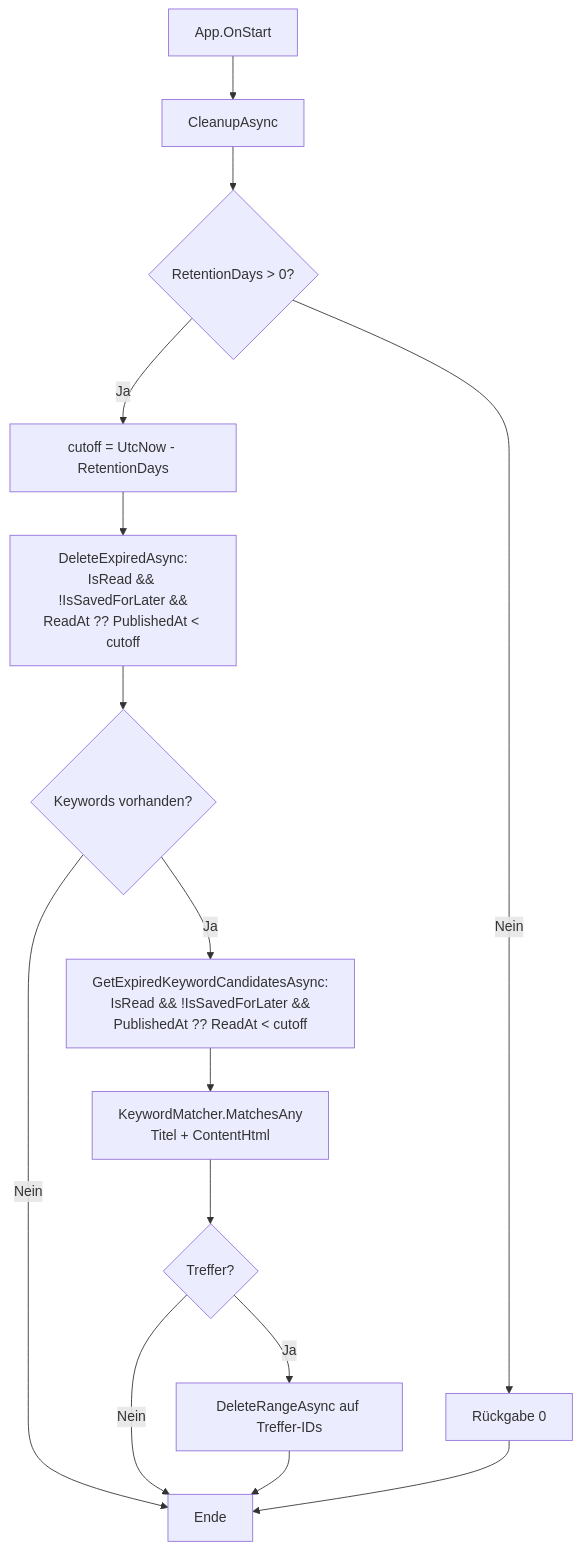
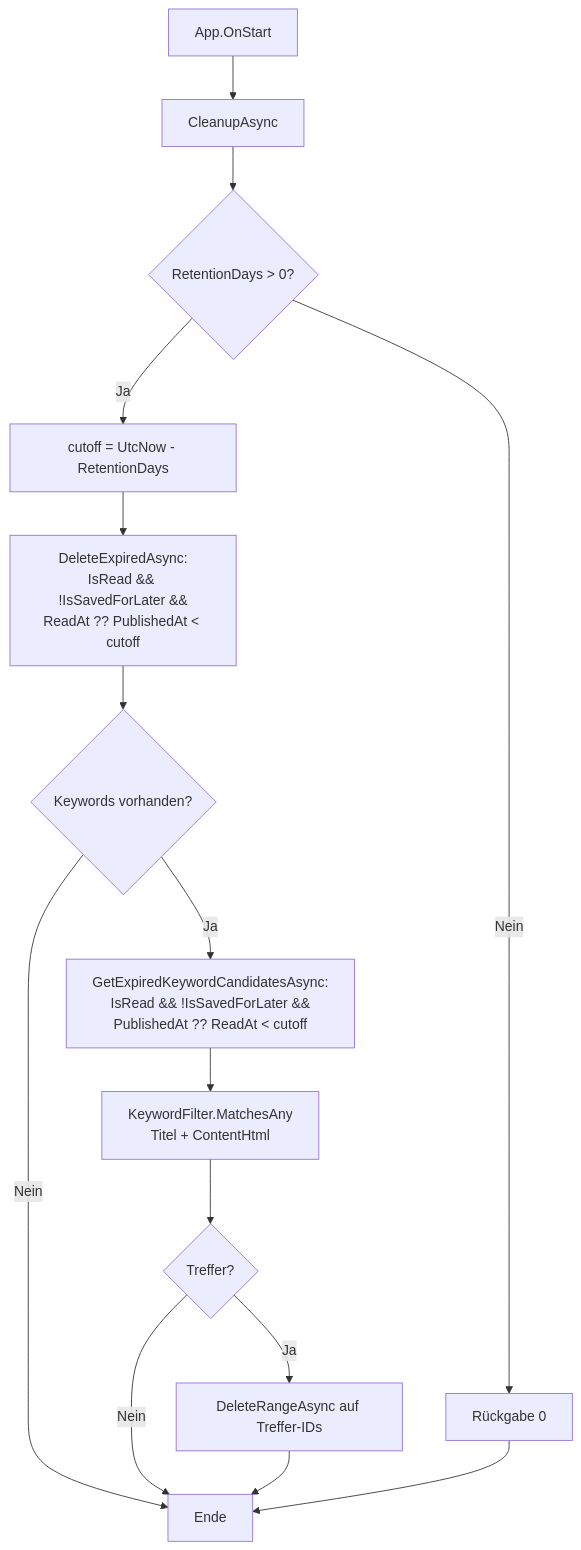
One commit to martin-stromberg/Reporter changed the diagram in docs/help/einstellungen/ablauf-technisch.md. Above: the diagram before and after it, drawn with Mermaid. The commit also changed other lines of this file and 50 other files, not shown here.

````diff
--- a/docs/help/einstellungen/ablauf-technisch.md
+++ b/docs/help/einstellungen/ablauf-technisch.md
@@ -91,17 +93,17 @@
 ```mermaid
 flowchart TD
     A[App.OnStart] --> B[CleanupAsync]
     B --> C{RetentionDays > 0?}
     C -- Nein --> Z[Rückgabe 0]
     C -- Ja --> D[cutoff = UtcNow - RetentionDays]
     D --> E[DeleteExpiredAsync:<br/>IsRead && !IsSavedForLater &&<br/>ReadAt ?? PublishedAt < cutoff]
     E --> F{Keywords vorhanden?}
     F -- Nein --> G[Ende]
     F -- Ja --> H[GetExpiredKeywordCandidatesAsync:<br/>IsRead && !IsSavedForLater &&<br/>PublishedAt ?? ReadAt < cutoff]
-    H --> I[KeywordMatcher.MatchesAny<br/>Titel + ContentHtml]
+    H --> I[KeywordFilter.MatchesAny<br/>Titel + ContentHtml]
     I --> J{Treffer?}
     J -- Nein --> G
     J -- Ja --> K[DeleteRangeAsync auf Treffer-IDs]
     K --> G
     Z --> G
 ```
````
